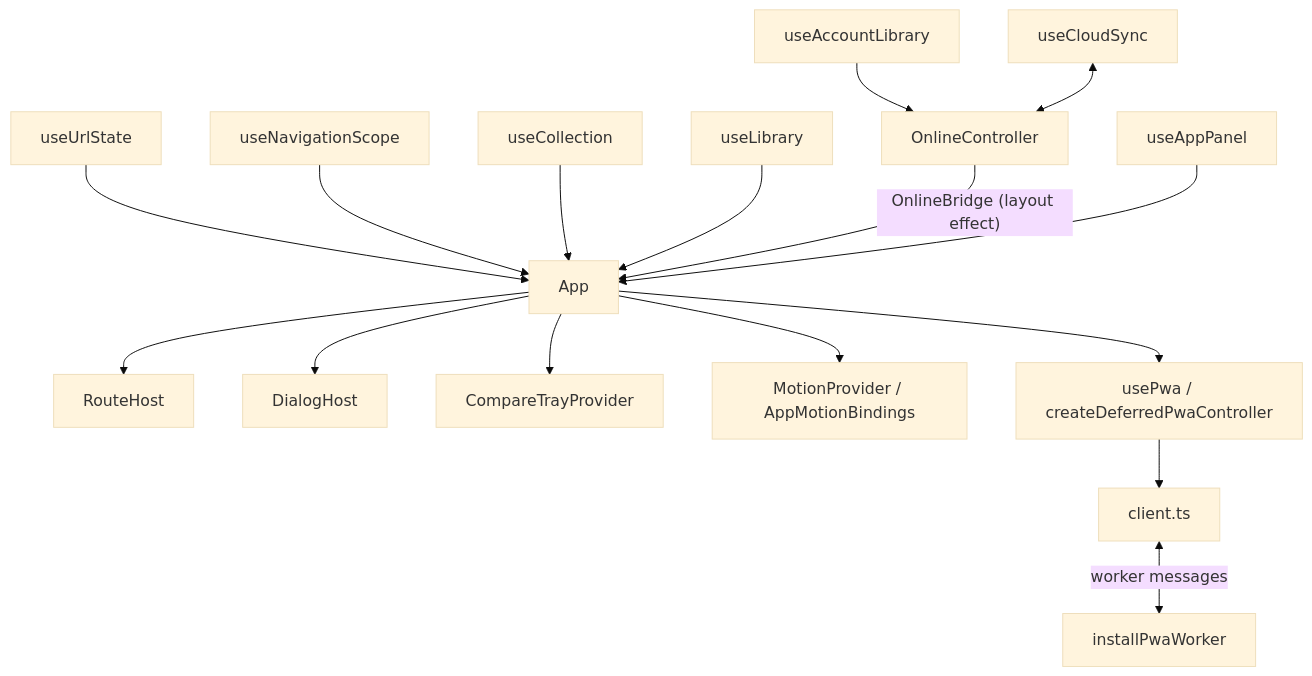
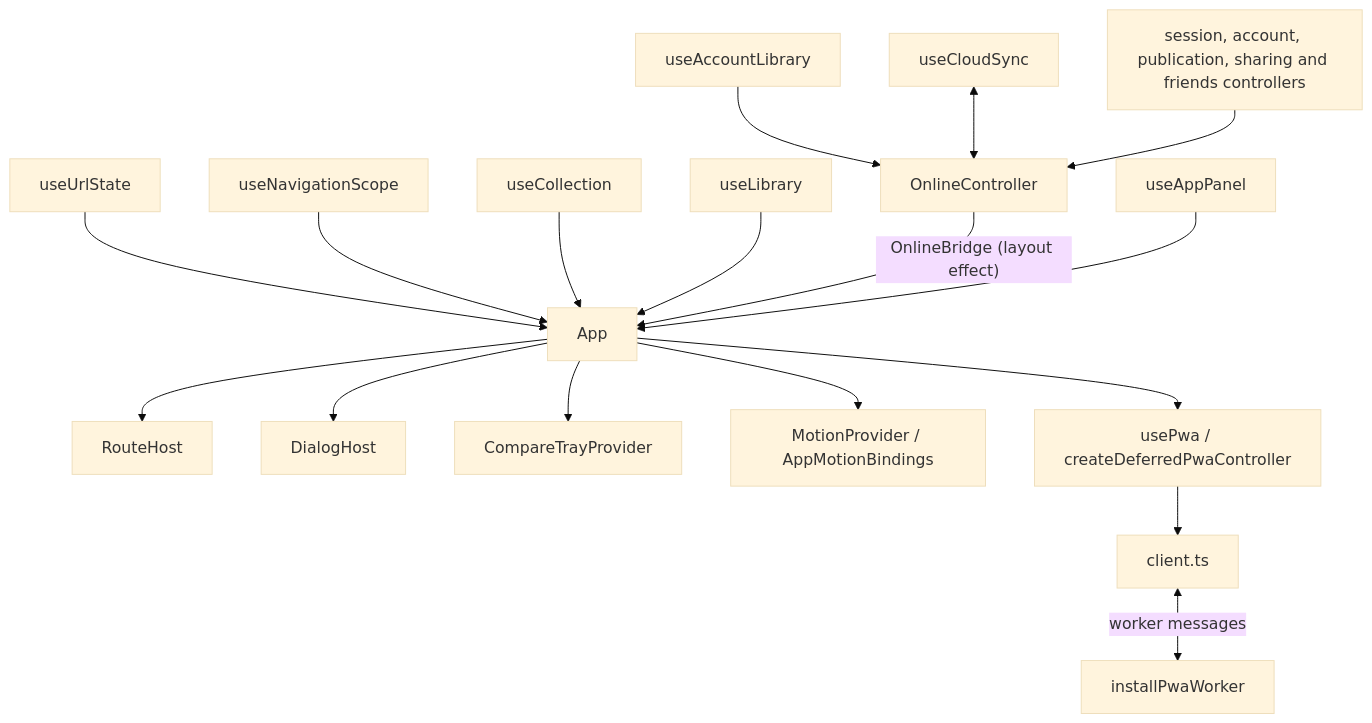
Before and after one commit to LeulTew/play-100: the diagram in docs/architecture.md, drawn with Mermaid (base theme). The commit also changed other lines of this file and 2 other files, not shown here.

First line of the commit message:
docs: describe the online controllers, their URL subscription and the friend modules

````diff
--- a/docs/architecture.md
+++ b/docs/architecture.md
@@ -259,18 +316,19 @@
 ```mermaid
 flowchart TD
   URL["useUrlState"] --> App["App"]
   Scope["useNavigationScope"] --> App
   Collection["useCollection"] --> App
   Guest["useLibrary"] --> App
   Account["useAccountLibrary"] --> Online["OnlineController"]
   Sync["useCloudSync"] <--> Online
+  Controllers["session, account, publication, sharing and friends controllers"] --> Online
   Online -->|"OnlineBridge (layout effect)"| App
   App --> Routes["RouteHost"]
   App --> Dialogs["DialogHost"]
   Panels["useAppPanel"] --> App
   App --> Pins["CompareTrayProvider"]
   App --> Motion["MotionProvider / AppMotionBindings"]
   App --> PWA["usePwa / createDeferredPwaController"]
   PWA --> Client["client.ts"]
   Client <-->|"worker messages"| Worker["installPwaWorker"]
 ```
````
